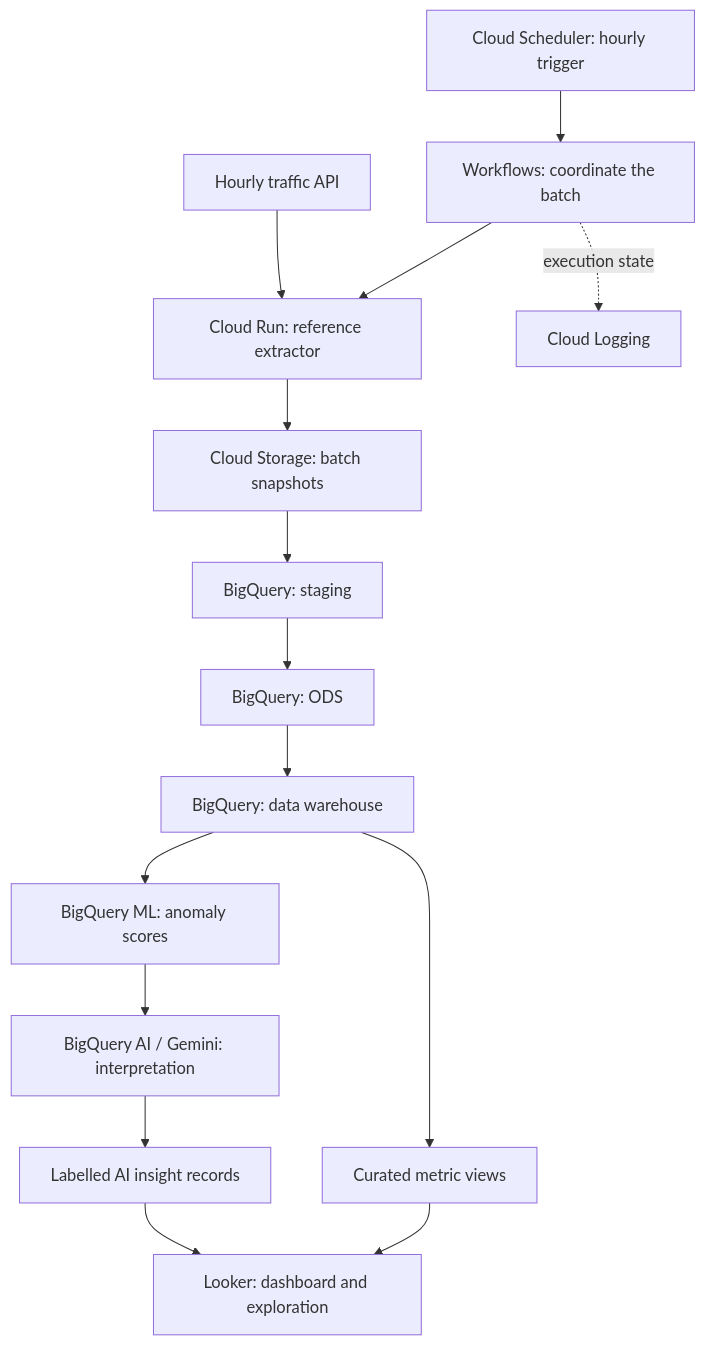
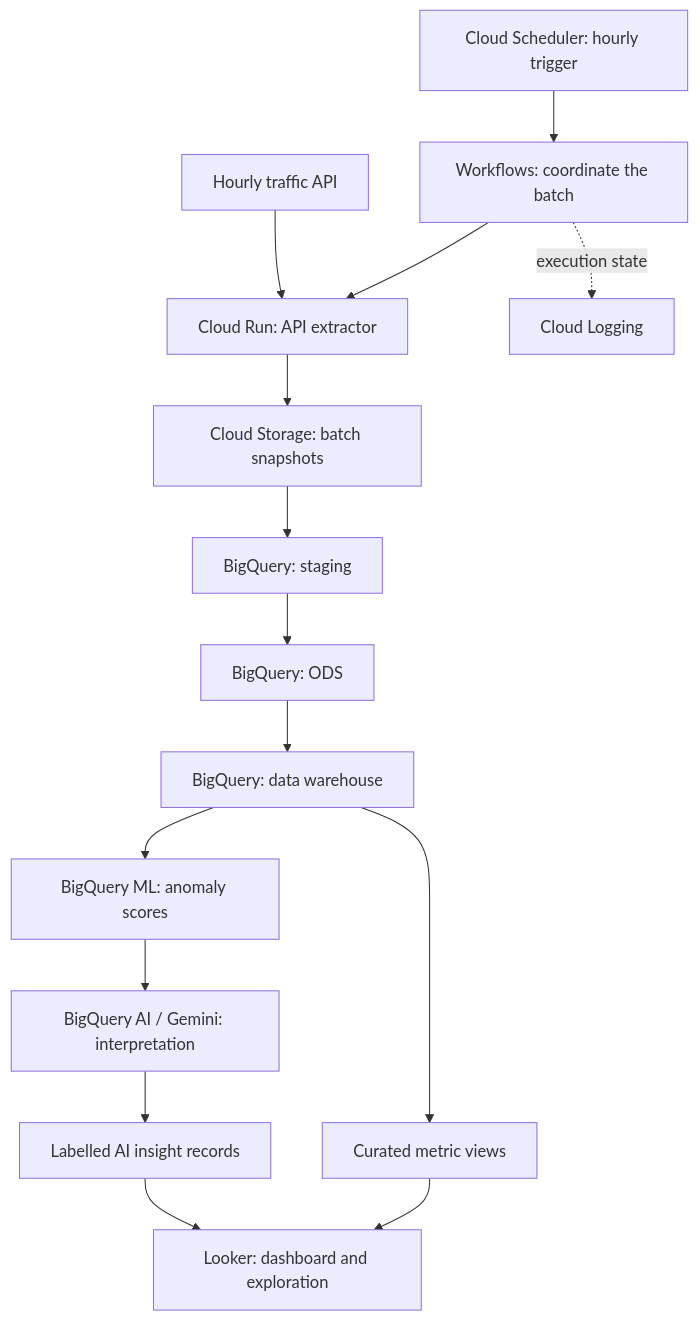
Before and after one commit to MahdiHajjHassan/MahdiHajjHassan: the diagram in projects/gcp-data-pipeline/README.md, drawn with Mermaid. The commit also changed other lines of this file and 16 other files, not shown here.

````diff
--- a/projects/gcp-data-pipeline/README.md
+++ b/projects/gcp-data-pipeline/README.md
@@ -41,17 +36,17 @@
 ```mermaid
 flowchart TB
   Schedule["Cloud Scheduler: hourly trigger"] --> Flow["Workflows: coordinate the batch"]
-  Flow --> Extract["Cloud Run: reference extractor"]
+  Flow --> Extract["Cloud Run: API extractor"]
   API["Hourly traffic API"] --> Extract
   Extract --> Raw["Cloud Storage: batch snapshots"]
   Raw --> Staging["BigQuery: staging"]
   Staging --> ODS["BigQuery: ODS"]
   ODS --> Warehouse["BigQuery: data warehouse"]
   Warehouse --> Model["BigQuery ML: anomaly scores"]
   Model --> Explain["BigQuery AI / Gemini: interpretation"]
   Warehouse --> Metrics["Curated metric views"]
   Explain --> Insights["Labelled AI insight records"]
   Metrics --> Dashboard["Looker: dashboard and exploration"]
   Insights --> Dashboard
   Flow -. "execution state" .-> Logs["Cloud Logging"]
 ```
````
